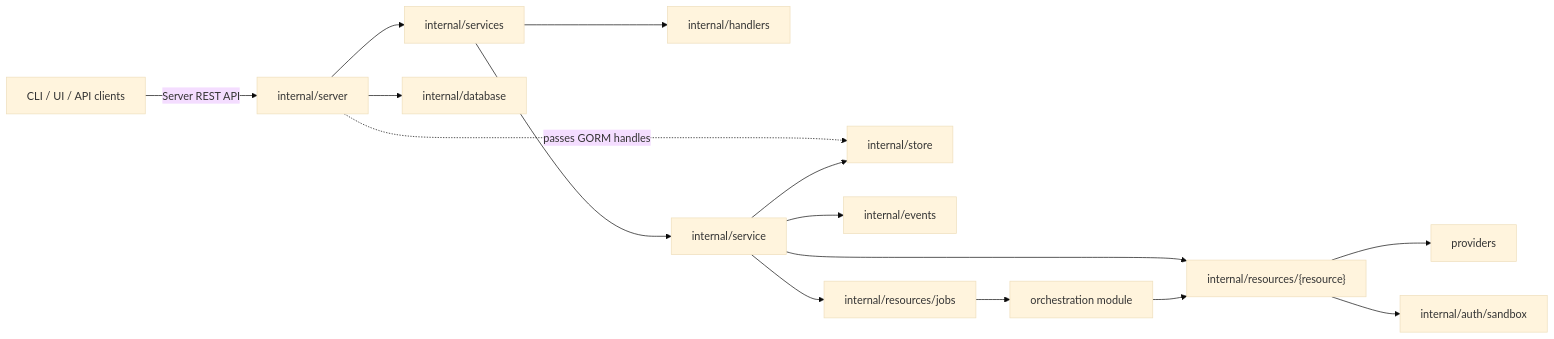
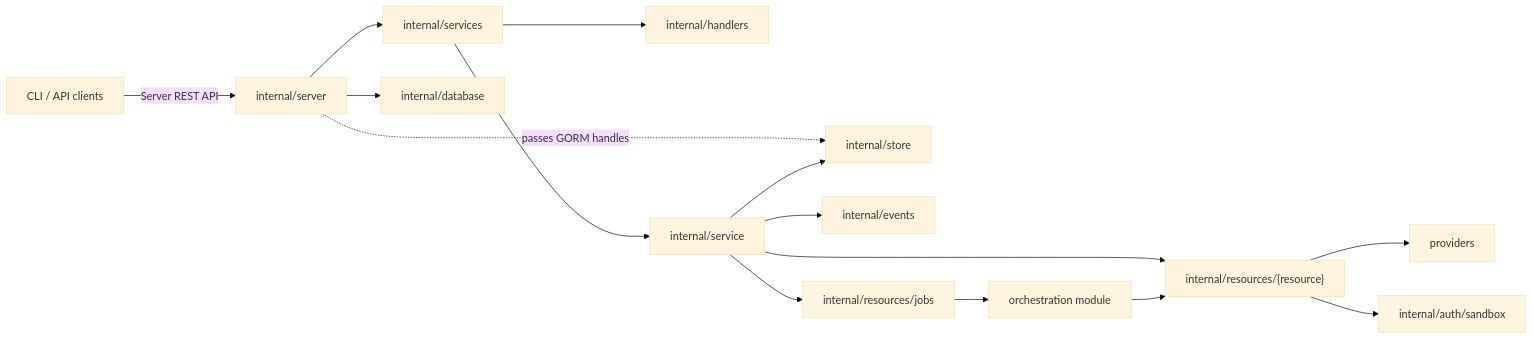
One commit to discobox-ai/discobox changed the first of 2 diagrams in server/DESIGN.md. Above: the diagram before and after it, drawn with Mermaid (base theme). The commit also changed 495 other files, not shown here.

````diff
--- a/server/DESIGN.md
+++ b/server/DESIGN.md
@@ -11,17 +11,17 @@
 ```mermaid
 flowchart LR
-    clients[CLI / UI / API clients] -->|Server REST API| http[internal/server]
+    clients[CLI / API clients] -->|Server REST API| http[internal/server]
     http --> api[internal/services]
     api --> handlers[internal/handlers]
     http --> database[internal/database]
     http -. passes GORM handles .-> store[internal/store]
     api --> service[internal/service]
     service --> resources["internal/resources/{resource}"]
     service --> store
     service --> events[internal/events]
     service --> jobs[internal/resources/jobs]
     jobs --> orchestration[orchestration module]
     orchestration --> resources
     resources --> providers[providers]
     resources --> sandboxauth[internal/auth/sandbox]
 ```
````
